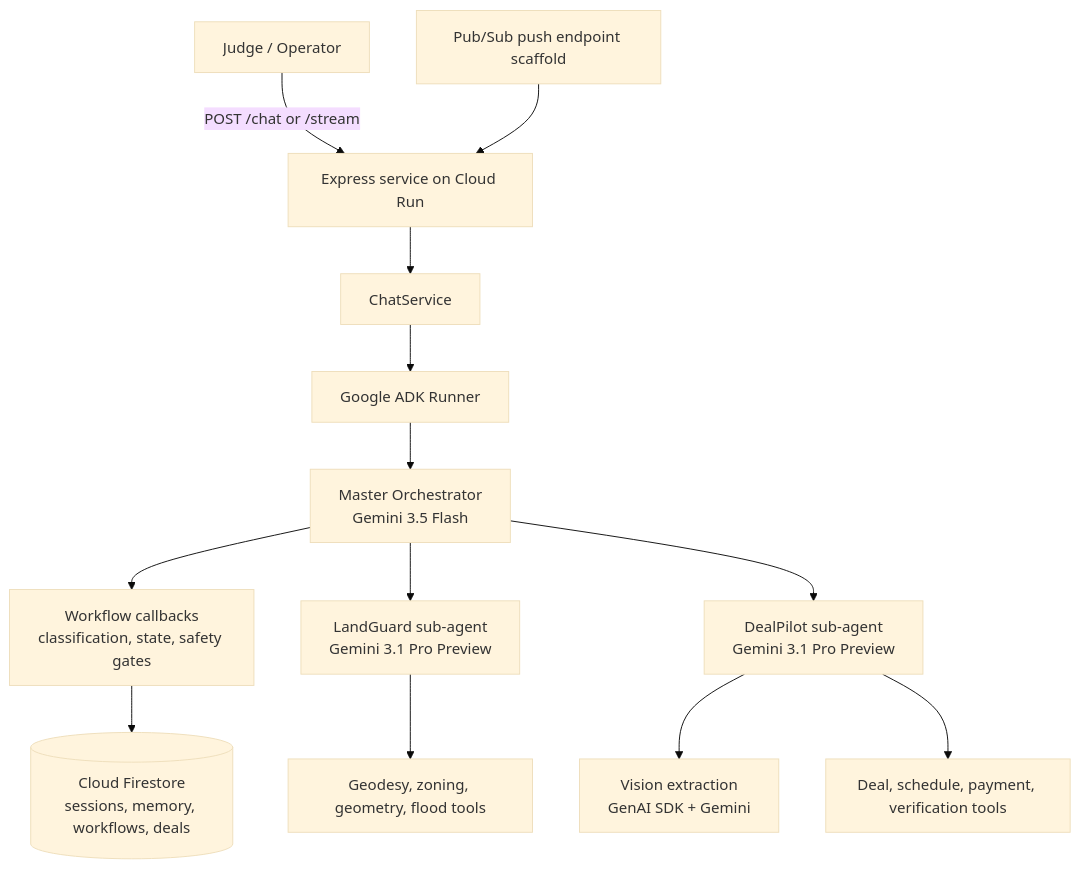
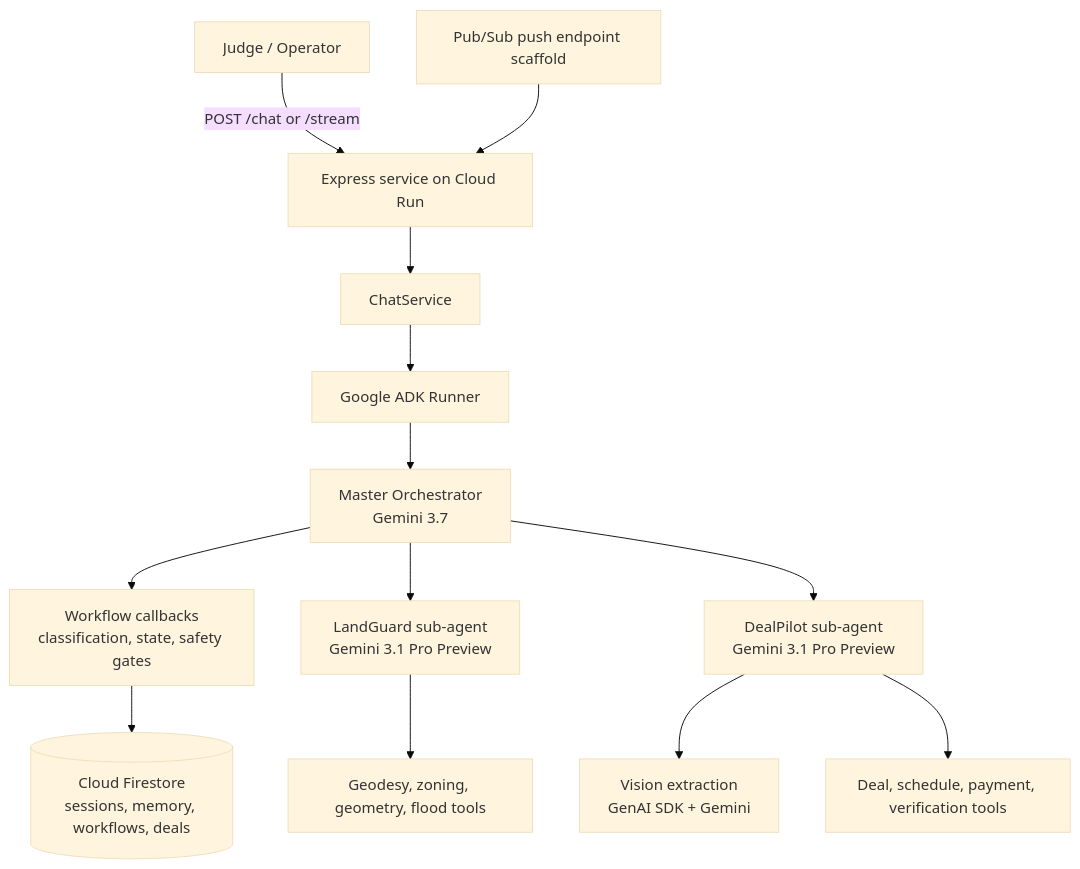
The diagram in README.md (Apexloaded/depilot), drawn with Mermaid (base theme) before and after one commit. The commit also changed 8 other files, not shown here.

````diff
--- a/README.md
+++ b/README.md
@@ -16,15 +16,15 @@
 ```mermaid
 flowchart TD
   User[Judge / Operator] -->|POST /chat or /stream| Express[Express service on Cloud Run]
   Express --> Chat[ChatService]
   Chat --> Runner[Google ADK Runner]
-  Runner --> Orchestrator[Master Orchestrator<br/>Gemini 3.5 Flash]
+  Runner --> Orchestrator[Master Orchestrator<br/>Gemini 3.7]
   Orchestrator --> Guard[Workflow callbacks<br/>classification, state, safety gates]
   Guard --> Firestore[(Cloud Firestore<br/>sessions, memory, workflows, deals)]
   Orchestrator --> LandGuard[LandGuard sub-agent<br/>Gemini 3.1 Pro Preview]
   Orchestrator --> DealPilot[DealPilot sub-agent<br/>Gemini 3.1 Pro Preview]
   DealPilot --> Vision[Vision extraction<br/>GenAI SDK + Gemini]
   LandGuard --> CadastralTools[Geodesy, zoning, geometry, flood tools]
   DealPilot --> DealTools[Deal, schedule, payment, verification tools]
   PubSub[Pub/Sub push endpoint scaffold] --> Express
 ```
````
